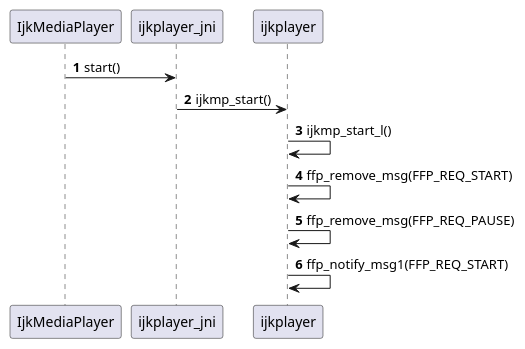
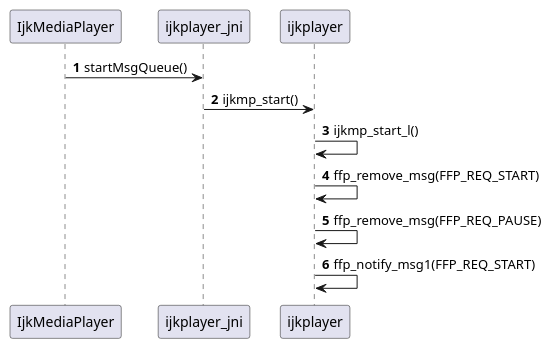
One commit to biezhihua/SMusic changed the diagram in doc/IjkPlayer/Sequence/ijkplayer_jni-start.puml. Above: the diagram before and after it, drawn with PlantUML. The commit also changed 29 other files, not shown here.

```diff
--- a/doc/IjkPlayer/Sequence/ijkplayer_jni-start.puml
+++ b/doc/IjkPlayer/Sequence/ijkplayer_jni-start.puml
@@ -1,16 +1,16 @@
 @startuml
 autonumber
 
-IjkMediaPlayer -> ijkplayer_jni:start()
+IjkMediaPlayer -> ijkplayer_jni:startMsgQueue()
 
 ijkplayer_jni -> ijkplayer:ijkmp_start()
 
 ijkplayer -> ijkplayer:ijkmp_start_l()
 
 ijkplayer -> ijkplayer:ffp_remove_msg(FFP_REQ_START)
 
 ijkplayer -> ijkplayer:ffp_remove_msg(FFP_REQ_PAUSE)
 
 ijkplayer -> ijkplayer:ffp_notify_msg1(FFP_REQ_START)
 
 @enduml
```
